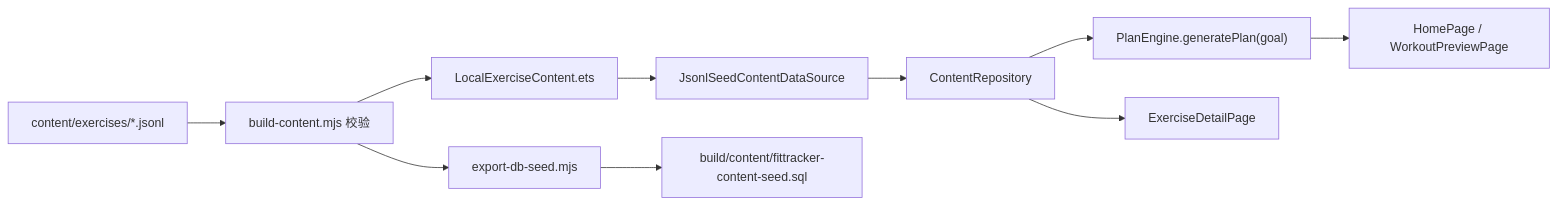
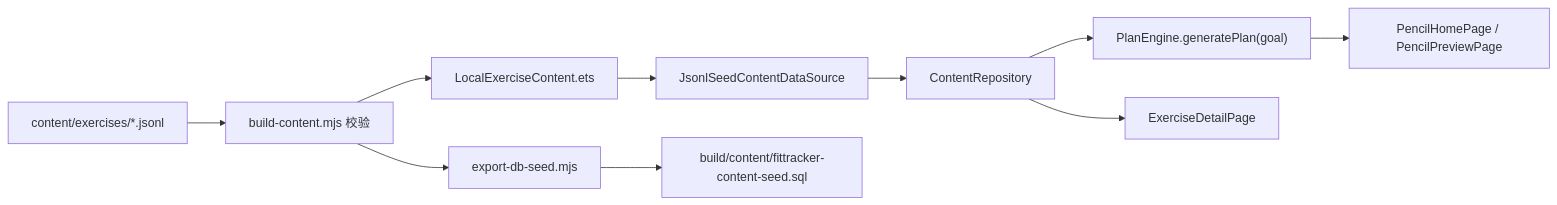
One commit to EarthxxRhythm/FitTracker changed the diagram in docs/内容导入说明.md. Above: the diagram before and after it, drawn with Mermaid. The commit also changed 134 other files, not shown here.

````diff
--- a/docs/内容导入说明.md
+++ b/docs/内容导入说明.md
@@ -120,12 +120,12 @@
 ```mermaid
 flowchart LR
   A["content/exercises/*.jsonl"] --> B["build-content.mjs 校验"]
   B --> C["LocalExerciseContent.ets"]
   C --> D["JsonlSeedContentDataSource"]
   D --> E["ContentRepository"]
   B --> F["export-db-seed.mjs"]
   F --> G["build/content/fittracker-content-seed.sql"]
   E --> H["PlanEngine.generatePlan(goal)"]
   E --> I["ExerciseDetailPage"]
-  H --> J["HomePage / WorkoutPreviewPage"]
+  H --> J["PencilHomePage / PencilPreviewPage"]
 ```
````
